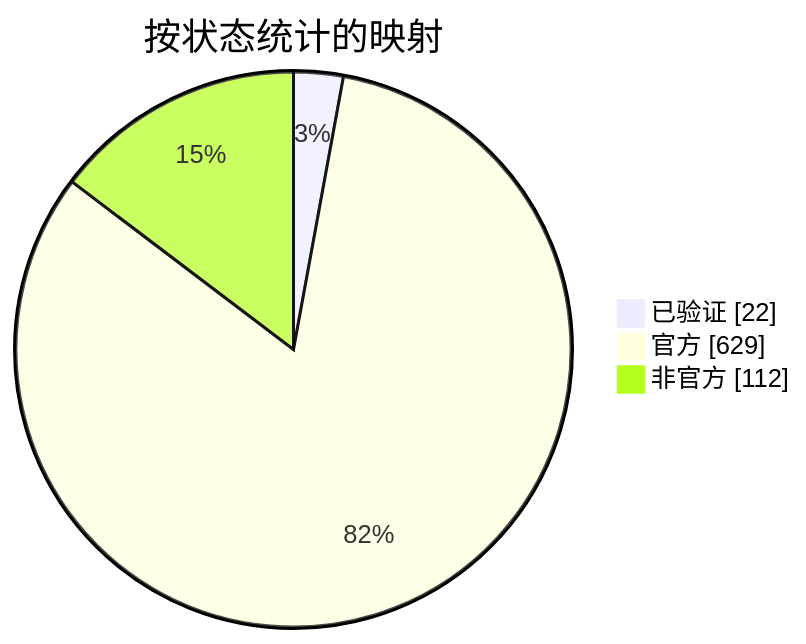
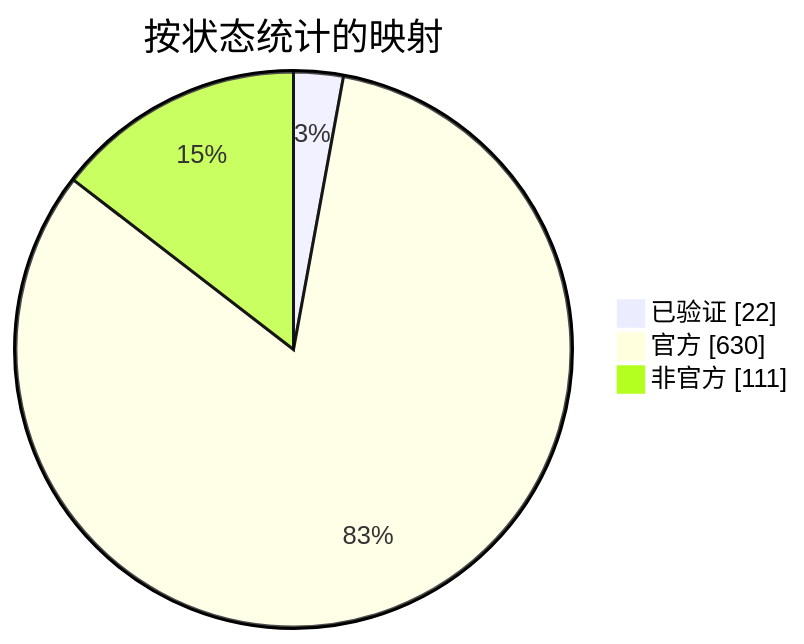
One commit to nobrega8/mbmap-library changed the diagram in docs/readme/README_ZHS.md. Above: the diagram before and after it, drawn with Mermaid. The commit also changed 6 other files, not shown here.

````diff
--- a/docs/readme/README_ZHS.md
+++ b/docs/readme/README_ZHS.md
@@ -54,7 +54,7 @@
 ```mermaid
 pie showData
     title 按状态统计的映射
     "已验证" : 22
-    "官方" : 629
-    "非官方" : 112
+    "官方" : 630
+    "非官方" : 111
 ```
````
